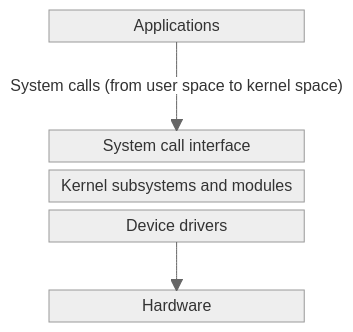
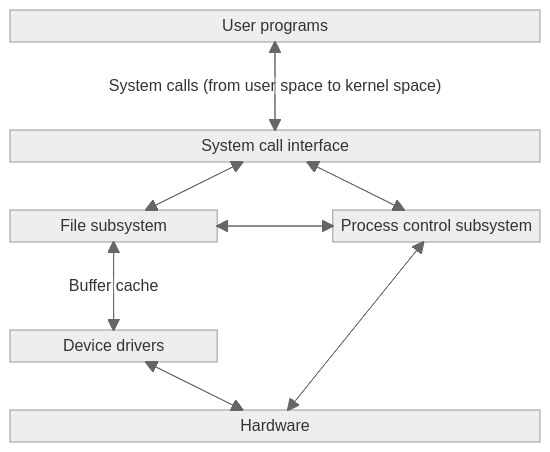
The third of 5 diagrams in lectures/6-booting-and-system-management-daemons.md (fglmtt/admin), drawn with Mermaid (neutral theme) before and after one commit.

Commit message:
lecture 6: update diagram in §1.3

````diff
--- a/lectures/6-booting-and-system-management-daemons.md
+++ b/lectures/6-booting-and-system-management-daemons.md
@@ -217,15 +217,33 @@
 ```mermaid
 block-beta
-	columns 3
-	Applications:3
-	space:3
-	space:3
-    s["System call interface"]:3
-    k["Kernel subsystems and modules"]:3
-    d["Device drivers"]:3
+	columns 5
+	u["User programs"]:5
+	space:5
+	space:5
+    s["System call interface"]:5
+    space:5
+    f["File subsystem"]:2
+    space:1
+    p["Process control subsystem"]:2
+    space:5
+    space:5
+    d["Device drivers"]:2
     space:3
-	Hardware:3
+    space:5
+	Hardware:5
 	
-    Applications -- "System calls (from user space to kernel space)" --> s
+    u -- "System calls (from user space to kernel space)" --> s
+    s --> u
+    s --> f
+    f --> s
+    s --> p
+    p --> s
+    p --> f
+    f --> p
+    f -- "Buffer cache" --> d
+    d --> f
+    p --> Hardware
+    Hardware --> p
     d --> Hardware
+    Hardware --> d
 ```
````
